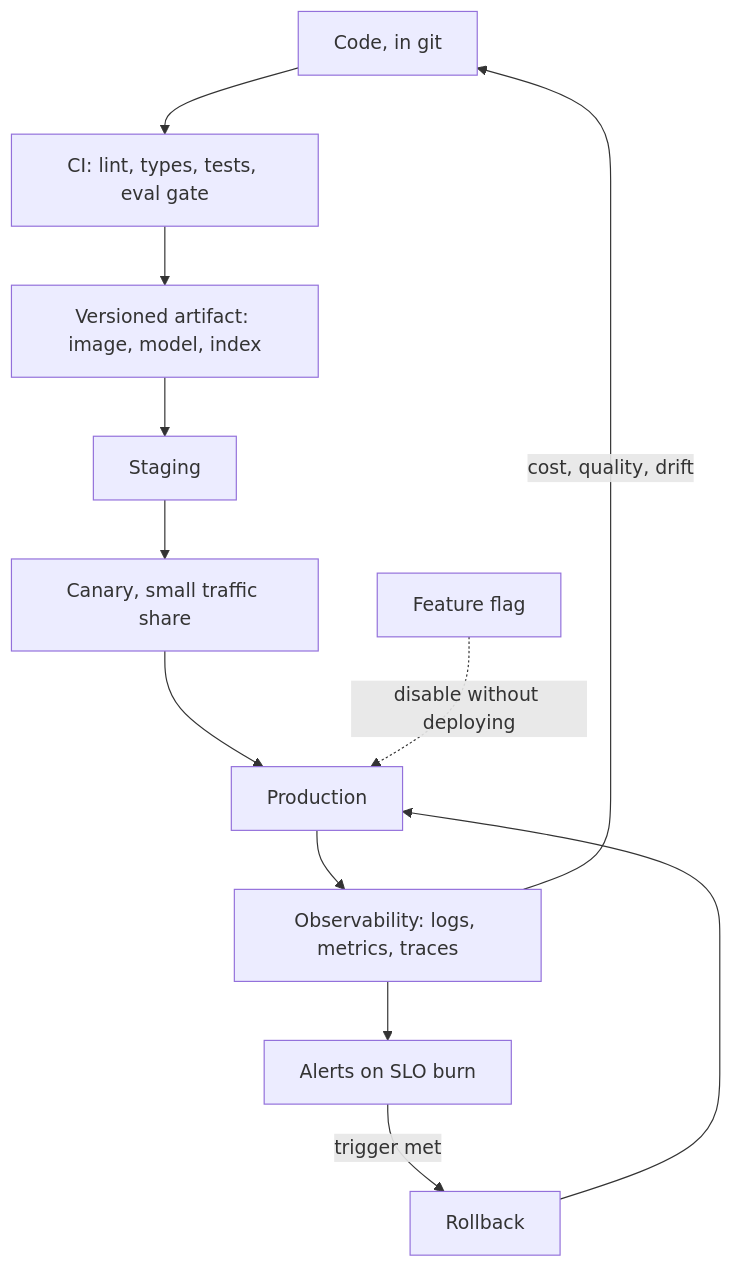
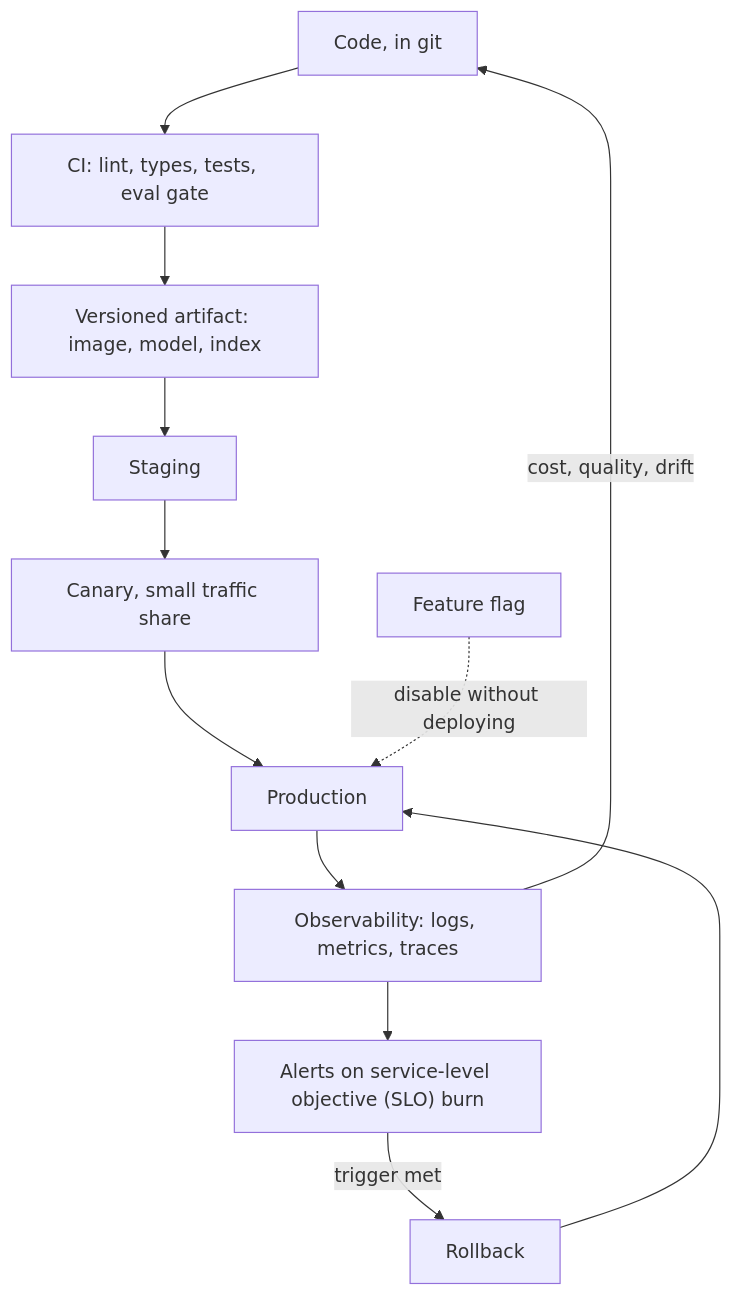
The diagram in 10-mlops-and-deployment.md (LakshmidharKotipalli/learn), drawn with Mermaid before and after one commit. The commit also changed other lines of this file and 74 other files, not shown here.

````diff
--- a/10-mlops-and-deployment.md
+++ b/10-mlops-and-deployment.md
@@ -67,21 +106,21 @@
 ```mermaid
 flowchart TD
     CODE["Code, in git"]
     CI["CI: lint, types, tests, eval gate"]
     ART["Versioned artifact: image, model, index"]
     STAGE["Staging"]
     CANARY["Canary, small traffic share"]
     PROD["Production"]
 
     OBS["Observability: logs, metrics, traces"]
-    ALERT["Alerts on SLO burn"]
+    ALERT["Alerts on service-level objective (SLO) burn"]
     RB["Rollback"]
 
     CODE --> CI --> ART --> STAGE --> CANARY --> PROD
     PROD --> OBS --> ALERT
     ALERT -->|"trigger met"| RB --> PROD
     OBS -->|"cost, quality, drift"| CODE
 
     FLAG["Feature flag"]
     FLAG -.->|"disable without deploying"| PROD
 ```
````
